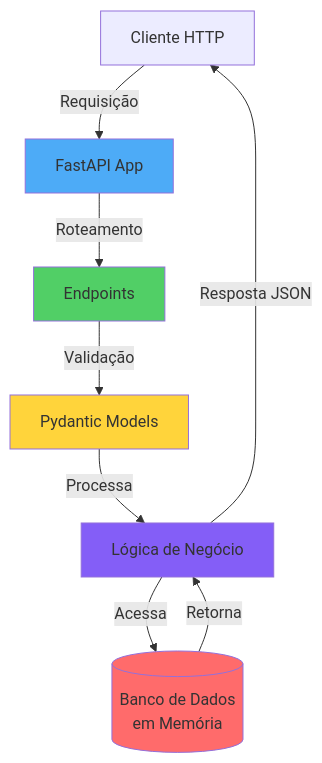
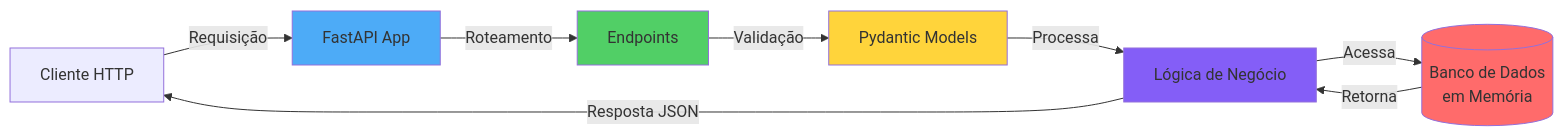
One commit to IA-para-DEVs-SD/hello-api changed the first of 2 diagrams in README.md. Above: the diagram before and after it, drawn with Mermaid. The commit also changed other lines of this file and 2 other files, not shown here.

First line of the commit message:
Ajustar diagrama de arquitetura para orientação horizontal

````diff
--- a/README.md
+++ b/README.md
@@ -15,16 +15,16 @@
 ```mermaid
-graph TB
+graph LR
     Cliente[Cliente HTTP] -->|Requisição| API[FastAPI App]
     API -->|Roteamento| Endpoints[Endpoints]
     Endpoints -->|Validação| Pydantic[Pydantic Models]
     Pydantic -->|Processa| Logic[Lógica de Negócio]
     Logic -->|Acessa| DB[(Banco de Dados<br/>em Memória)]
     DB -->|Retorna| Logic
     Logic -->|Resposta JSON| Cliente
 
     style API fill:#4dabf7
     style Endpoints fill:#51cf66
     style Pydantic fill:#ffd43b
     style Logic fill:#845ef7
     style DB fill:#ff6b6b
 ```
````
